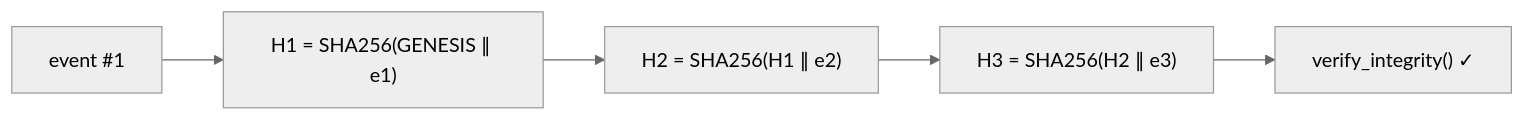
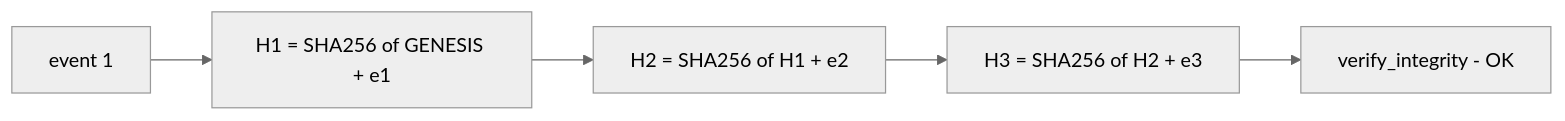
One commit to MrDecryptDecipher/EmilyOS changed diagram 14 of 18 in README.md. Above: the diagram before and after it, drawn with Mermaid (neutral theme). The commit also changed other lines of this file and 1 other file, not shown here.

First line of the commit message:
docs: fix Mermaid rendering on GitHub + add inline launch-film GIF

````diff
--- a/README.md
+++ b/README.md
@@ -361,7 +368,7 @@
 ```mermaid
 flowchart LR
-  E1["event #1"] --> H1["H1 = SHA256(GENESIS ∥ e1)"]
-  H1 --> H2["H2 = SHA256(H1 ∥ e2)"]
-  H2 --> H3["H3 = SHA256(H2 ∥ e3)"]
-  H3 --> VER["verify_integrity() ✓"]
+  E1["event 1"] --> H1["H1 = SHA256 of GENESIS + e1"]
+  H1 --> H2["H2 = SHA256 of H1 + e2"]
+  H2 --> H3["H3 = SHA256 of H2 + e3"]
+  H3 --> VER["verify_integrity - OK"]
 ```
````
